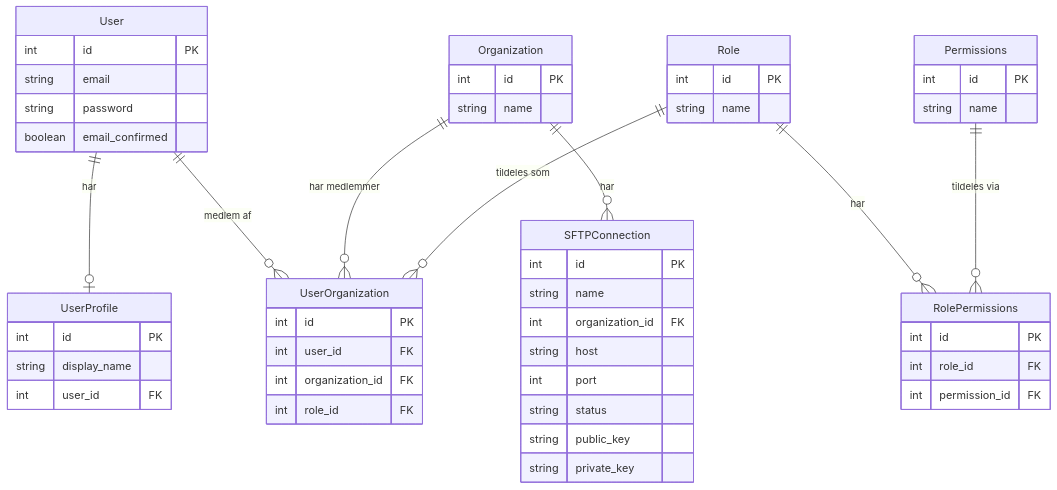
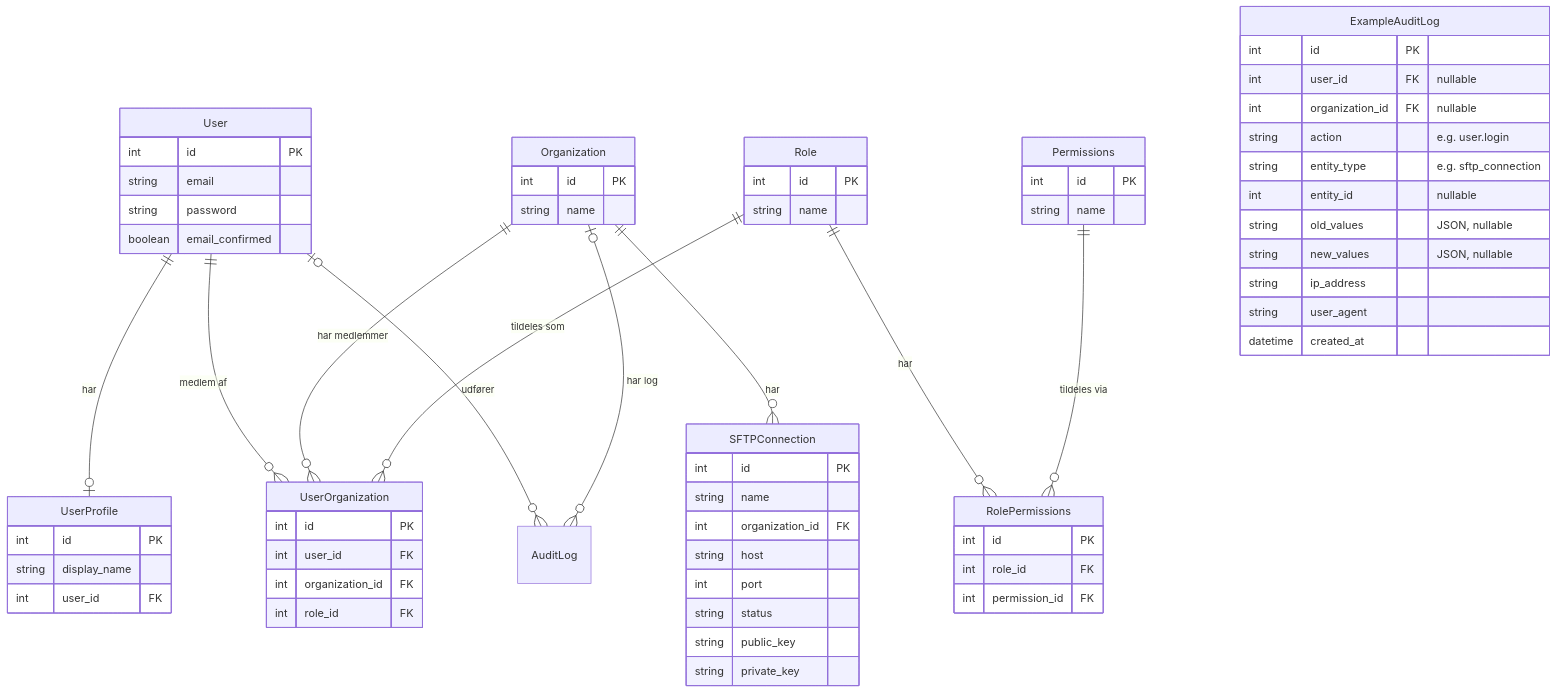
The diagram in ER_Diagram.mmd (Fileodon/Diagram), drawn with Mermaid before and after one commit.

```diff
--- a/ER_Diagram.mmd
+++ b/ER_Diagram.mmd
@@ -1,60 +1,77 @@
+
 erDiagram
     User {
         int id PK
         string email
         string password
         boolean email_confirmed
     }
 
     UserProfile {
         int id PK
         string display_name
         int user_id FK
     }
 
     Organization {
         int id PK
         string name
     }
 
     SFTPConnection {
         int id PK
         string name
         int organization_id FK
         string host
         int port
         string status
         string public_key
         string private_key
     }
 
     UserOrganization {
         int id PK
         int user_id FK
         int organization_id FK
         int role_id FK
     }
 
     Role {
         int id PK
         string name
     }
 
     Permissions {
         int id PK
         string name
     }
 
     RolePermissions {
         int id PK
         int role_id FK
         int permission_id FK
     }
 
+    ExampleAuditLog {
+        int id PK
+        int user_id FK "nullable"
+        int organization_id FK "nullable"
+        string action "e.g. user.login"
+        string entity_type "e.g. sftp_connection"
+        int entity_id "nullable"
+        string old_values "JSON, nullable"
+        string new_values "JSON, nullable"
+        string ip_address
+        string user_agent
+        datetime created_at
+    }
+
     User ||--o| UserProfile : "har"
     User ||--o{ UserOrganization : "medlem af"
     Organization ||--o{ UserOrganization : "har medlemmer"
     Role ||--o{ UserOrganization : "tildeles som"
     Organization ||--o{ SFTPConnection : "har"
     Role ||--o{ RolePermissions : "har"
     Permissions ||--o{ RolePermissions : "tildeles via"
+    User |o--o{ AuditLog : "udfører"
+    Organization |o--o{ AuditLog : "har log"
```
